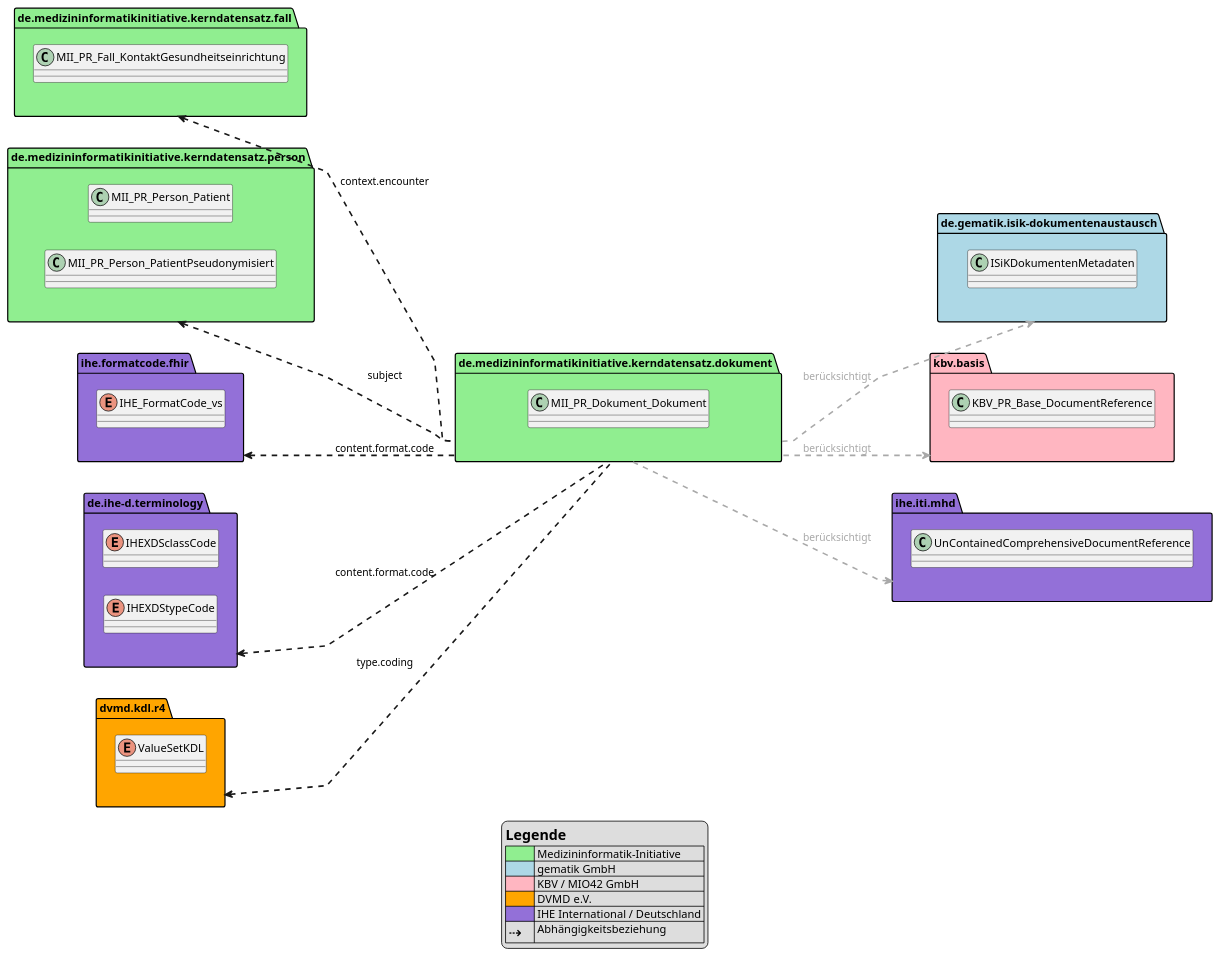
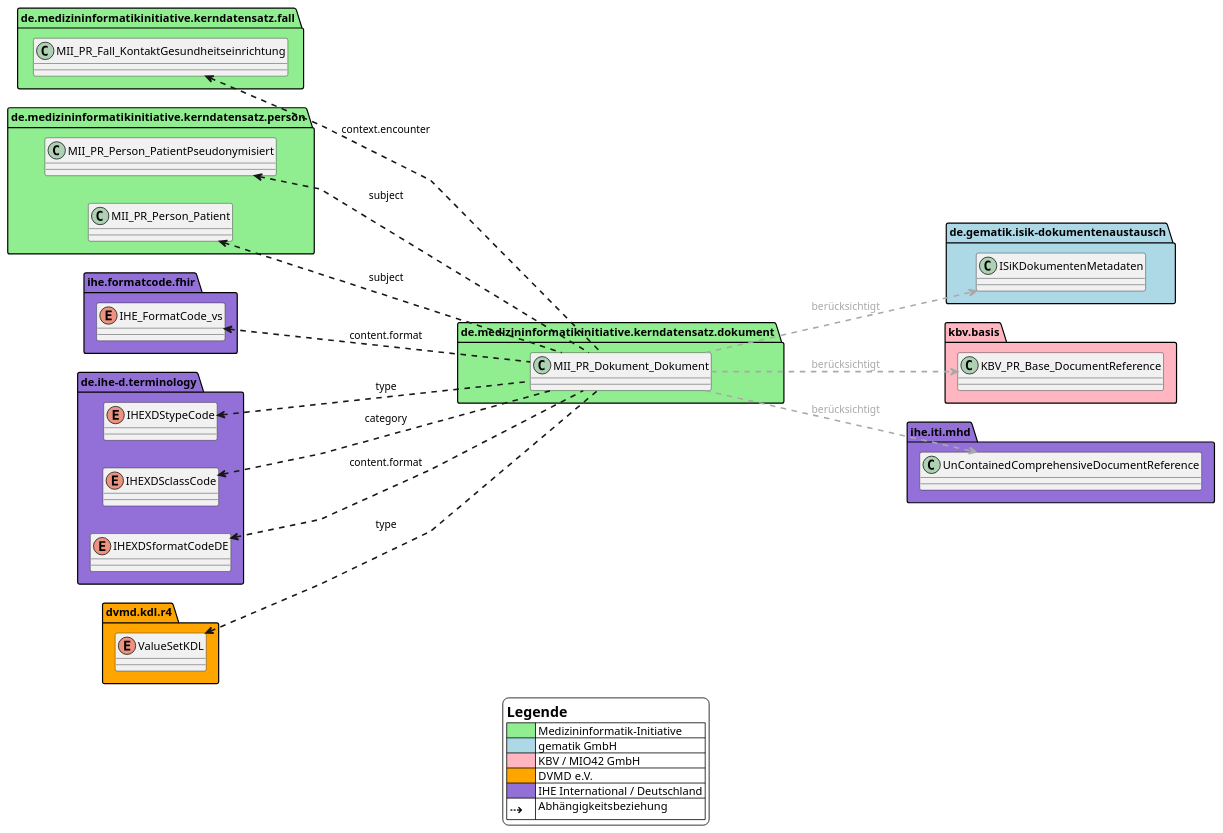
The diagram in input/plantuml/Paketabhaengigkeiten.puml (forschungsgruppe-digital-health/mii-kds-dokument-ig-inoffiziell), drawn with PlantUML before and after one commit. The commit also changed 1 other file, not shown here.

Commit message:
Updates package dependency diagram (explicit class/enum dependencies)

```diff
--- a/input/plantuml/Paketabhaengigkeiten.puml
+++ b/input/plantuml/Paketabhaengigkeiten.puml
@@ -1,77 +1,82 @@
 @startuml "Paketabhängigkeiten"
 ' General
 left to right direction
 'top to bottom direction
 skinparam linetype polyline
 'skinparam linetype ortho
 'skinparam nodesep 100
 skinparam ranksep 100
 skinparam shadowing false
+skinparam legendBackgroundColor #White
 
 legend bottom center
     = Legende
     | <#LightGreen>      | Medizininformatik-Initiative |
     | <#LightBlue>       | gematik GmbH |
     | <#LightPink>       | KBV / MIO42 GmbH |
     | <#Orange>          | DVMD e.V. |
     | <#MediumPurple>    | IHE International / Deutschland |
     | <size:20><U+21E2></size> | Abhängigkeitsbeziehung |
 end legend
 
 ' MII
-package "de.medizininformatikinitiative.kerndatensatz.dokument" as MiiDokument #LightGreen {
-    class MII_PR_Dokument_Dokument
+package "de.medizininformatikinitiative.kerndatensatz.dokument" as PkgMiiDokument #LightGreen {
+    class "MII_PR_Dokument_Dokument" as MiiDokument
 }
-package "de.medizininformatikinitiative.kerndatensatz.fall" as MiiFall #LightGreen {
-    class MII_PR_Fall_KontaktGesundheitseinrichtung
+package "de.medizininformatikinitiative.kerndatensatz.fall" as PkgMiiFall #LightGreen {
+    class "MII_PR_Fall_KontaktGesundheitseinrichtung" as MiiFall
 }
-package "de.medizininformatikinitiative.kerndatensatz.person" as MiiPerson #LightGreen {
-    class MII_PR_Person_Patient
-    class MII_PR_Person_PatientPseudonymisiert
+package "de.medizininformatikinitiative.kerndatensatz.person" as PkgMiiPerson #LightGreen {
+    class "MII_PR_Person_Patient" as MiiPatient
+    class "MII_PR_Person_PatientPseudonymisiert" as MiiPseudonym
 }
 
 ' Gematik
-package "de.gematik.isik-dokumentenaustausch" as GematikIsik #LightBlue {
-    class ISiKDokumentenMetadaten
+package "de.gematik.isik-dokumentenaustausch" as PkgIsik #LightBlue {
+    class "ISiKDokumentenMetadaten" as GematikIsik
 }
 
 ' KBV MIO
-package "kbv.basis" as KbvMio #LightPink {
-    class KBV_PR_Base_DocumentReference
+package "kbv.basis" as PkgMio #LightPink {
+    class "KBV_PR_Base_DocumentReference" as KbvMio
 }
 
 ' IHE International
-package "ihe.iti.mhd" as IheMhd #MediumPurple {
-    class UnContainedComprehensiveDocumentReference
+package "ihe.iti.mhd" as PkgMhd #MediumPurple {
+    class "UnContainedComprehensiveDocumentReference" as IheMhd
 }
-package "ihe.formatcode.fhir" as IheFormatCode #MediumPurple {
-    enum IHE_FormatCode_vs
+package "ihe.formatcode.fhir" as PkgIheFormatCode #MediumPurple {
+    enum "IHE_FormatCode_vs" as IheFormatCode
 }
-package "de.ihe-d.terminology" as IheTerminology #MediumPurple {
-    enum IHEXDSclassCode
-    enum IHEXDStypeCode
+package "de.ihe-d.terminology" as PkgIheTx #MediumPurple {
+    enum "IHEXDSformatCodeDE" as IheDeFormatCode
+    enum "IHEXDSclassCode" as IheDeClassCode
+    enum "IHEXDStypeCode" as IheDeTypeCode
 }
 
 ' DVMD e.V.
-package "dvmd.kdl.r4" as DvmdKdl #Orange {
-    enum ValueSetKDL {}
+package "dvmd.kdl.r4" as PkgKdl #Orange {
+    enum "ValueSetKDL" as DvmdKdl
 }
 
 ' Explizite Abhängigkeiten
 MiiDokument -[dashed,thickness=2]u-> MiiFall : "context.encounter"
-MiiDokument -[dashed,thickness=2]u-> MiiPerson : "subject"
-MiiDokument -[dashed,thickness=2]u-> DvmdKdl : "type.coding"
-MiiDokument -[dashed,thickness=2]u-> IheFormatCode : "content.format.code"
-MiiDokument -[dashed,thickness=2]u-> IheTerminology : "content.format.code"
+MiiDokument -[dashed,thickness=2]u-> MiiPatient : "subject"
+MiiDokument -[dashed,thickness=2]u-> MiiPseudonym : "subject"
+MiiDokument -[dashed,thickness=2]u-> DvmdKdl : "type"
+MiiDokument -[dashed,thickness=2]u-> IheFormatCode : "content.format"
+MiiDokument -[dashed,thickness=2]u-> IheDeFormatCode : "content.format"
+MiiDokument -[dashed,thickness=2]u-> IheDeClassCode : "category"
+MiiDokument -[dashed,thickness=2]u-> IheDeTypeCode : "type"
 
 ' Berücksichtigte Abhängigkeiten (Profile)
 MiiDokument -[dashed,thickness=2,#DarkGrey]d-> GematikIsik : <color:DarkGrey>berücksichtigt</color>
 MiiDokument -[dashed,thickness=2,#DarkGrey]d-> KbvMio : <color:DarkGrey>berücksichtigt</color>
 MiiDokument -[dashed,thickness=2,#DarkGrey]d-> IheMhd : <color:DarkGrey>berücksichtigt</color>
 
 ' Transitive Abhängigkeiten
 'GematikIsik -[dashed]-> IheFormatCode
 'GematikIsik -[dashed]-> IheMhd
 'GematikIsik -[dashed]-> IheTerminology
 'GematikIsik -[dashed]-> DvmdKdl
 @enduml
```
